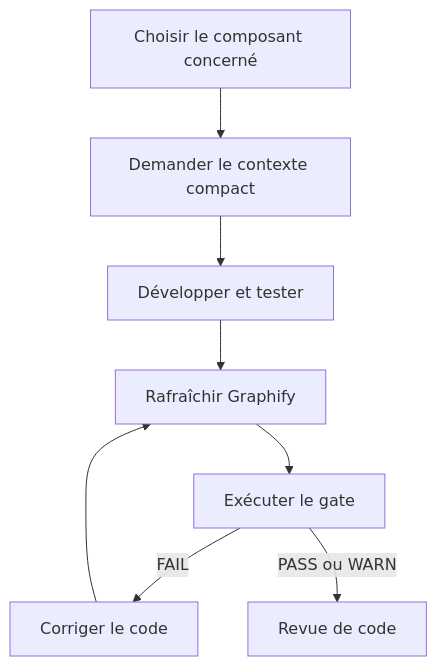
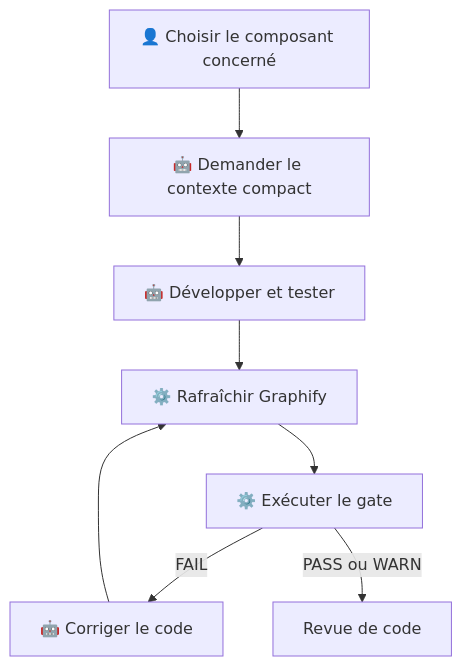
Before and after one commit to Jeandavidnelson/Harness: the eighth of 8 diagrams in documentation/DOCUMENTATION_FONCTIONNELLE.md, drawn with Mermaid. The commit also changed other lines of this file and 7 other files, not shown here.

````diff
--- a/documentation/DOCUMENTATION_FONCTIONNELLE.md
+++ b/documentation/DOCUMENTATION_FONCTIONNELLE.md
@@ -289,10 +299,10 @@
 ```mermaid
 flowchart TD
-    A["Choisir le composant concerné"] --> C["Demander le contexte compact"]
-    C --> I["Développer et tester"]
-    I --> R["Rafraîchir Graphify"]
-    R --> G["Exécuter le gate"]
-    G -->|"FAIL"| F["Corriger le code"]
+    A["👤 Choisir le composant concerné"] --> C["🤖 Demander le contexte compact"]
+    C --> I["🤖 Développer et tester"]
+    I --> R["⚙️ Rafraîchir Graphify"]
+    R --> G["⚙️ Exécuter le gate"]
+    G -->|"FAIL"| F["🤖 Corriger le code"]
     F --> R
     G -->|"PASS ou WARN"| V["Revue de code"]
 ```
````
